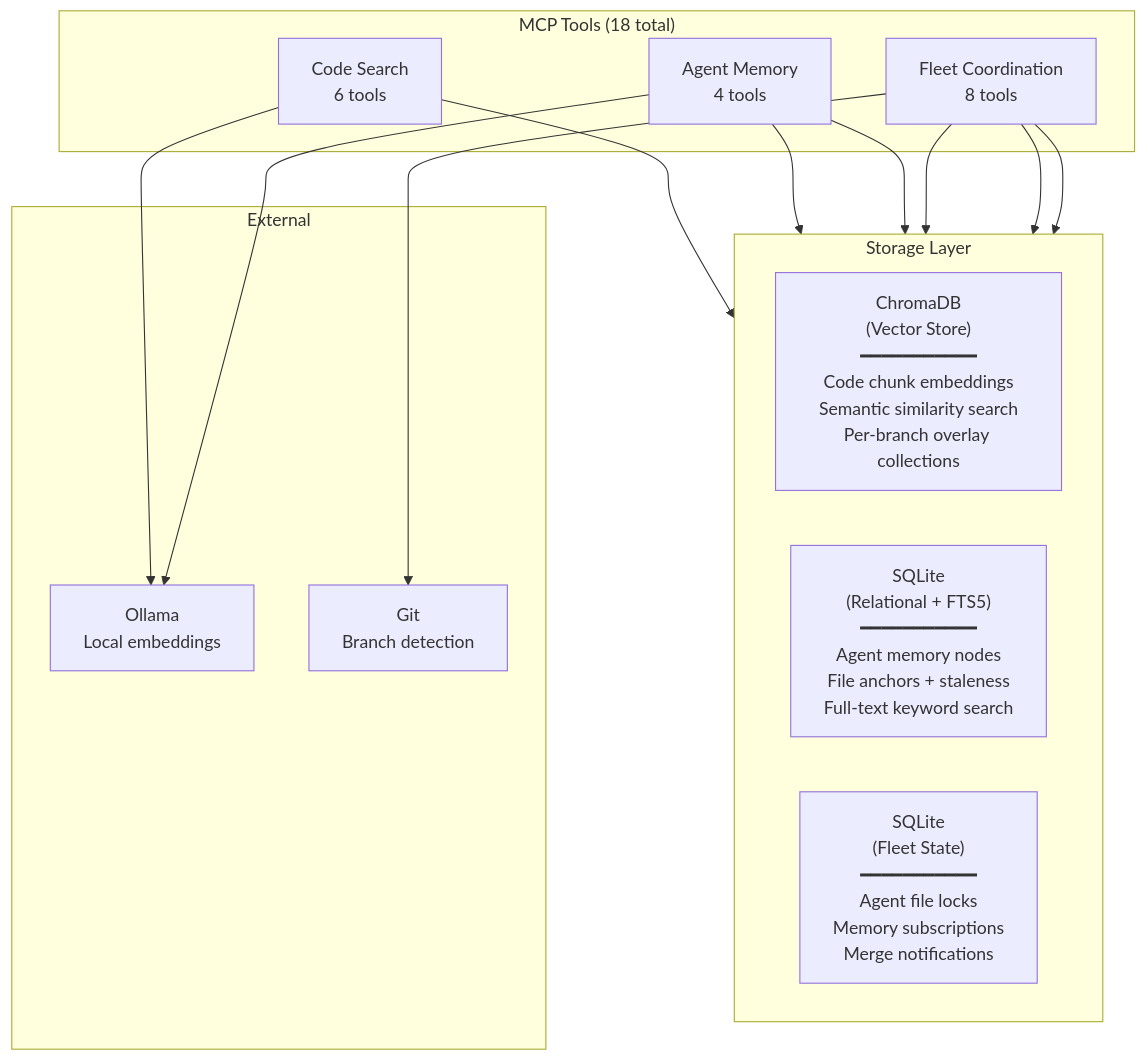
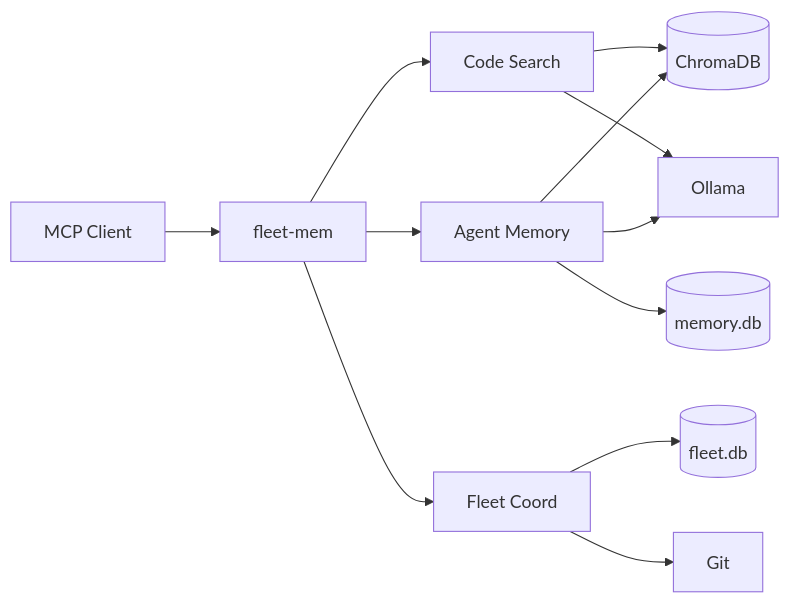
The diagram in README.md (sam-ent/fleet-mem), drawn with Mermaid before and after one commit.

Commit message:
docs: simplify architecture diagram for readability

````diff
--- a/README.md
+++ b/README.md
@@ -15,30 +15,16 @@
 ```mermaid
-graph TB
-    subgraph "MCP Tools (18 total)"
-        CS[Code Search<br/>6 tools]
-        AM[Agent Memory<br/>4 tools]
-        FC[Fleet Coordination<br/>8 tools]
-    end
+graph LR
+    MCP[MCP Client] --> FM[fleet-mem]
 
-    subgraph "Storage Layer"
-        direction LR
-        ChromaDB["ChromaDB<br/>(Vector Store)<br/>━━━━━━━━━━━<br/>Code chunk embeddings<br/>Semantic similarity search<br/>Per-branch overlay collections"]
-        SQLite["SQLite<br/>(Relational + FTS5)<br/>━━━━━━━━━━━<br/>Agent memory nodes<br/>File anchors + staleness<br/>Full-text keyword search"]
-        FleetDB["SQLite<br/>(Fleet State)<br/>━━━━━━━━━━━<br/>Agent file locks<br/>Memory subscriptions<br/>Merge notifications"]
-    end
+    FM --> CS[Code Search]
+    FM --> AM[Agent Memory]
+    FM --> FC[Fleet Coord]
 
-    subgraph "External"
-        Ollama[Ollama<br/>Local embeddings]
-        Git[Git<br/>Branch detection]
-    end
-
-    CS --> ChromaDB
-    CS --> Ollama
-    AM --> ChromaDB
-    AM --> SQLite
-    AM --> Ollama
-    FC --> FleetDB
-    FC --> ChromaDB
-    FC --> SQLite
-    FC --> Git
+    CS --> C[(ChromaDB)]
+    CS --> O[Ollama]
+    AM --> C
+    AM --> M[(memory.db)]
+    AM --> O
+    FC --> F[(fleet.db)]
+    FC --> G[Git]
 ```
````
